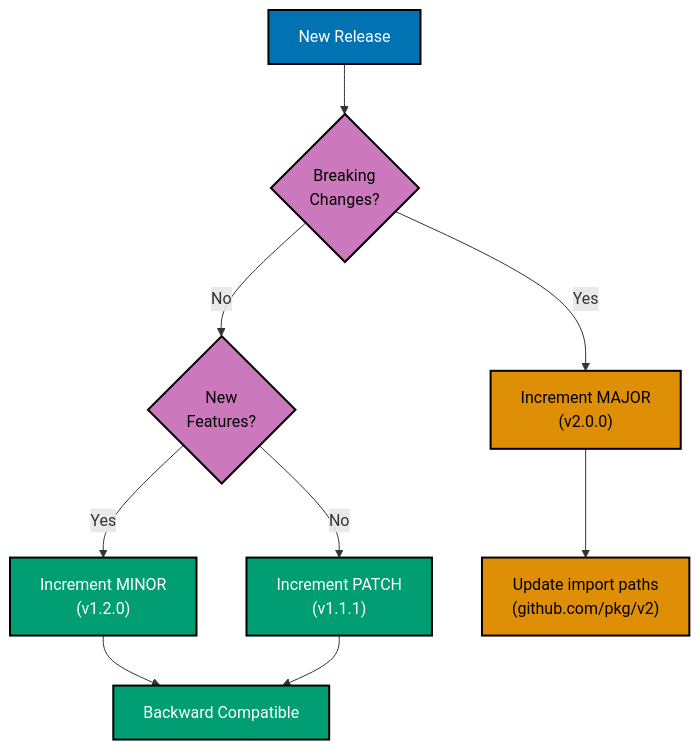
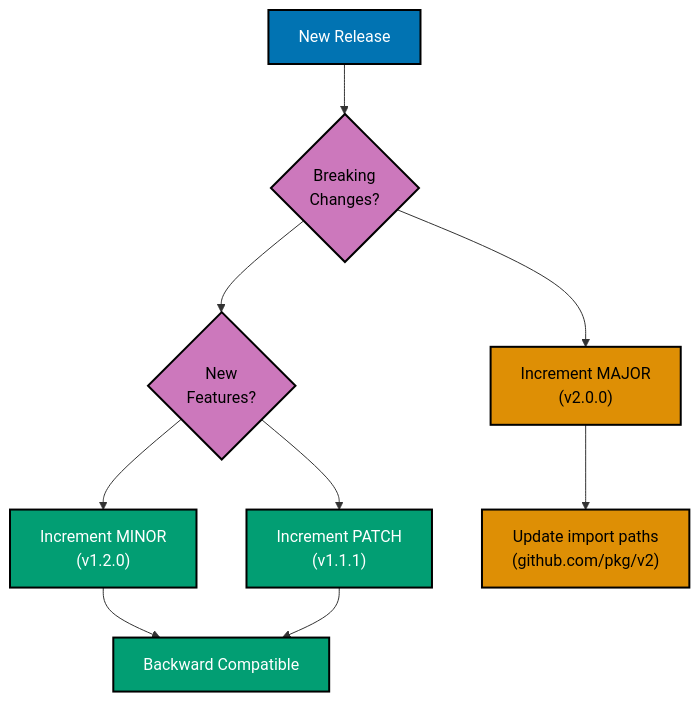
One commit to wahidyankf/ose-primer changed the third of 3 diagrams in docs/explanation/software-engineering/programming-languages/golang/dependency-standards.md. Above: the diagram before and after it, drawn with Mermaid. The commit also changed 11 other files, not shown here.

Commit message:
fix(docs): fix mermaid violations in golang/ docs (batch 3/10)

````diff
--- a/docs/explanation/software-engineering/programming-languages/golang/dependency-standards.md
+++ b/docs/explanation/software-engineering/programming-languages/golang/dependency-standards.md
@@ -400,20 +400,28 @@
 ```mermaid
 %% Color Palette: Blue #0173B2, Orange #DE8F05, Teal #029E73, Purple #CC78BC
 %% All colors are color-blind friendly and meet WCAG AA contrast standards
 
 graph TD
-    A["New Release"]:::blue --> B{Breaking<br/>Changes?}:::purple
-    B -->|Yes| C["Increment MAJOR<br/>#40;v2.0.0#41;"]:::orange
-    B -->|No| D{New<br/>Features?}:::purple
-    D -->|Yes| E["Increment MINOR<br/>#40;v1.2.0#41;"]:::teal
-    D -->|No| F["Increment PATCH<br/>#40;v1.1.1#41;"]:::teal
+    A["New Release"]:::blue
+    B{"Breaking<br/>Changes?"}:::purple
+    C["Increment MAJOR<br/>#40;v2.0.0#41;"]:::orange
+    D{"New<br/>Features?"}:::purple
+    E["Increment MINOR<br/>#40;v1.2.0#41;"]:::teal
+    F["Increment PATCH<br/>#40;v1.1.1#41;"]:::teal
+    G["Update import paths<br/>#40;github.com/pkg/v2#41;"]:::orange
+    H["Backward Compatible"]:::teal
 
-    C --> G["Update import paths<br/>#40;github.com/pkg/v2#41;"]:::orange
-    E --> H["Backward Compatible"]:::teal
+    A --> B
+    B --> C
+    B --> D
+    D --> E
+    D --> F
+    C --> G
+    E --> H
     F --> H
 
     classDef blue fill:#0173B2,stroke:#000000,color:#FFFFFF,stroke-width:2px
     classDef orange fill:#DE8F05,stroke:#000000,color:#000000,stroke-width:2px
     classDef teal fill:#029E73,stroke:#000000,color:#FFFFFF,stroke-width:2px
     classDef purple fill:#CC78BC,stroke:#000000,color:#000000,stroke-width:2px
 ```
````
